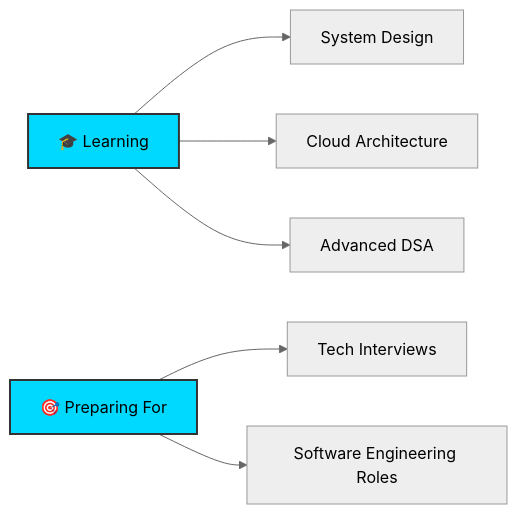
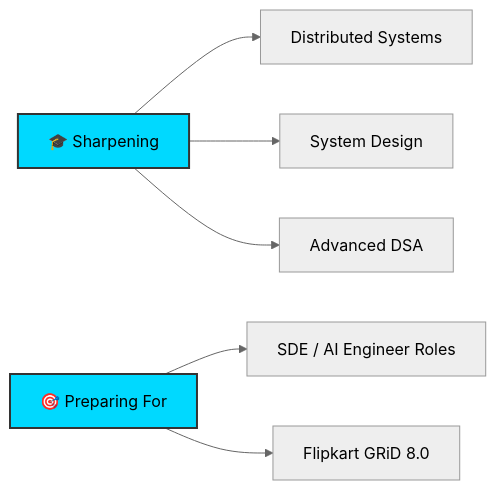
The diagram in README.md (vayugautam/vayugautam), drawn with Mermaid (neutral theme) before and after one commit. The commit also changed other lines of this file, not shown here.

````diff
--- a/README.md
+++ b/README.md
@@ -231,12 +241,12 @@
 ```mermaid
 graph LR
-    A[🎓 Learning] --> B[System Design]
-    A --> C[Cloud Architecture]
+    A[🎓 Sharpening] --> B[Distributed Systems]
+    A --> C[System Design]
     A --> D[Advanced DSA]
 
-    H[🎯 Preparing For] --> I[Tech Interviews]
-    H --> J[Software Engineering Roles]
-    
+    H[🎯 Preparing For] --> I[SDE / AI Engineer Roles]
+    H --> J[Flipkart GRiD 8.0]
+
     style A fill:#00D9FF,stroke:#333,stroke-width:2px,color:#000
     style H fill:#00D9FF,stroke:#333,stroke-width:2px,color:#000
 ```
````
